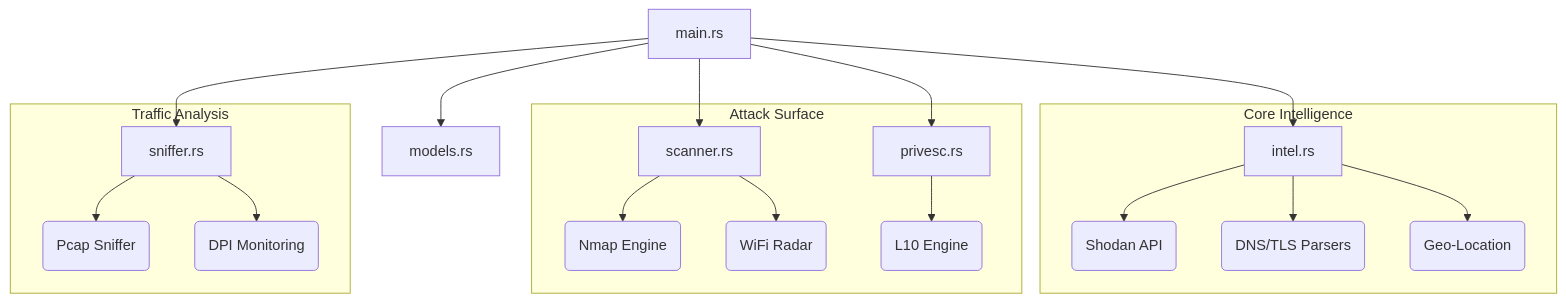
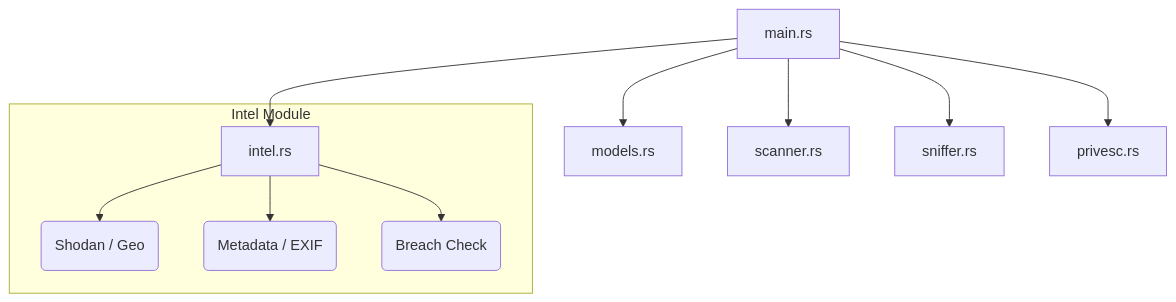
The diagram in readme.MD (bfurkanyildiz/NetVanguard), drawn with Mermaid before and after one commit. The commit also changed other lines of this file, not shown here.

````diff
--- a/readme.MD
+++ b/readme.MD
@@ -46,25 +60,14 @@
 ```mermaid
 graph TD
     A[main.rs] --> B[models.rs]
     A --> C[intel.rs]
     A --> D[scanner.rs]
     A --> E[sniffer.rs]
     A --> F[privesc.rs]
     
-    subgraph "Core Intelligence"
-    C --> C1(Shodan API)
-    C --> C2(DNS/TLS Parsers)
-    C --> C3(Geo-Location)
-    end
-    
-    subgraph "Attack Surface"
-    D --> D1(Nmap Engine)
-    D --> D2(WiFi Radar)
-    F --> F1(L10 Engine)
-    end
-    
-    subgraph "Traffic Analysis"
-    E --> E1(Pcap Sniffer)
-    E --> E2(DPI Monitoring)
+    subgraph "Intel Module"
+    C --> C1(Shodan / Geo)
+    C --> C2(Metadata / EXIF)
+    C --> C3(Breach Check)
     end
 ```
````
